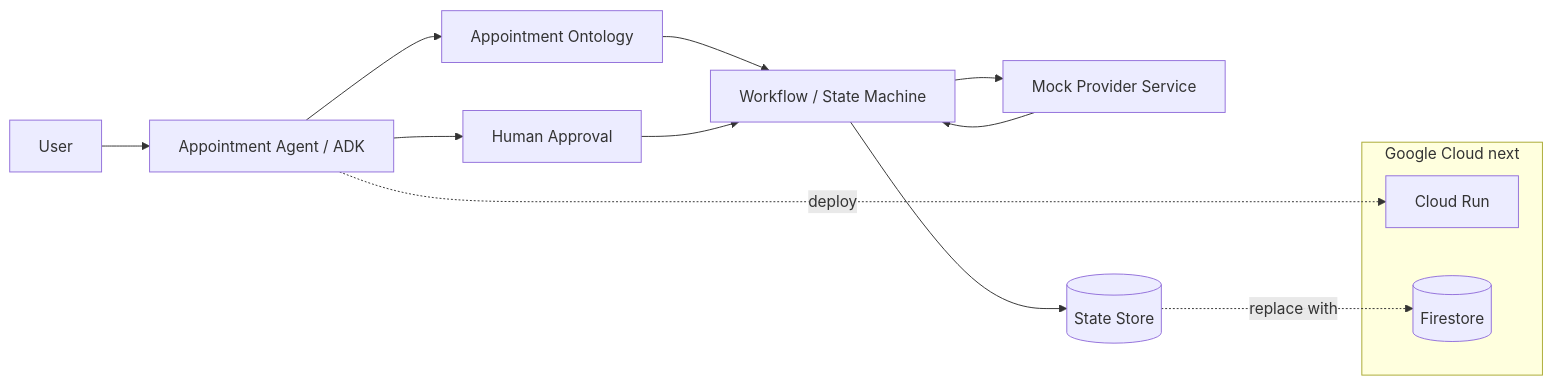
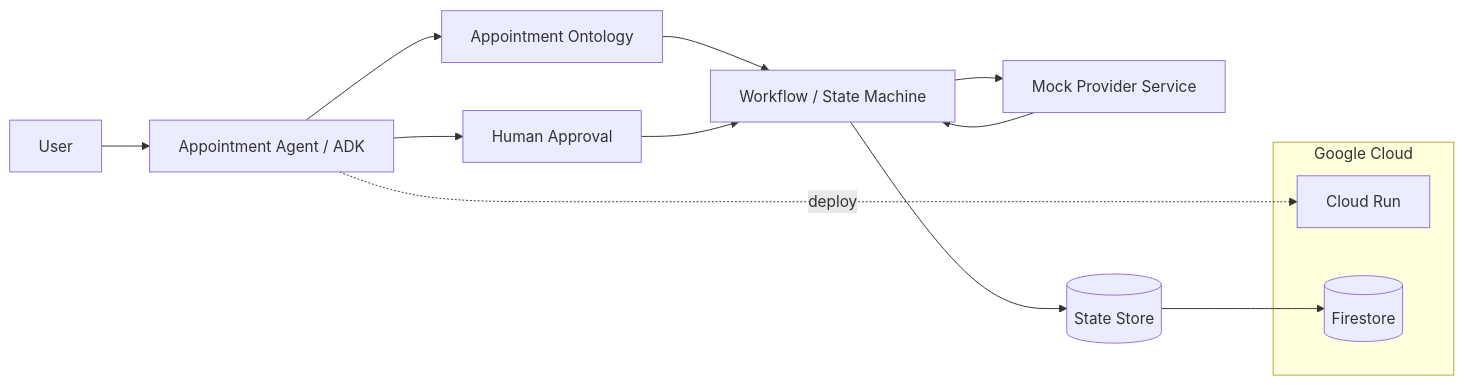
One commit to Hashirigaki/appointment-agent-google changed the diagram in README.md. Above: the diagram before and after it, drawn with Mermaid. The commit also changed other lines of this file and 6 other files, not shown here.

````diff
--- a/README.md
+++ b/README.md
@@ -100,19 +108,19 @@
 ```mermaid
 flowchart LR
     U[User] --> A[Appointment Agent / ADK]
     A --> O[Appointment Ontology]
     O --> W[Workflow / State Machine]
     W --> M[Mock Provider Service]
     M --> W
     W --> S[(State Store)]
     A --> H[Human Approval]
     H --> W
 
-    subgraph Google Cloud next
+    subgraph Google Cloud
       CR[Cloud Run]
       FS[(Firestore)]
     end
 
     A -.deploy.-> CR
-    S -.replace with.-> FS
+    S --> FS
 ```
````
